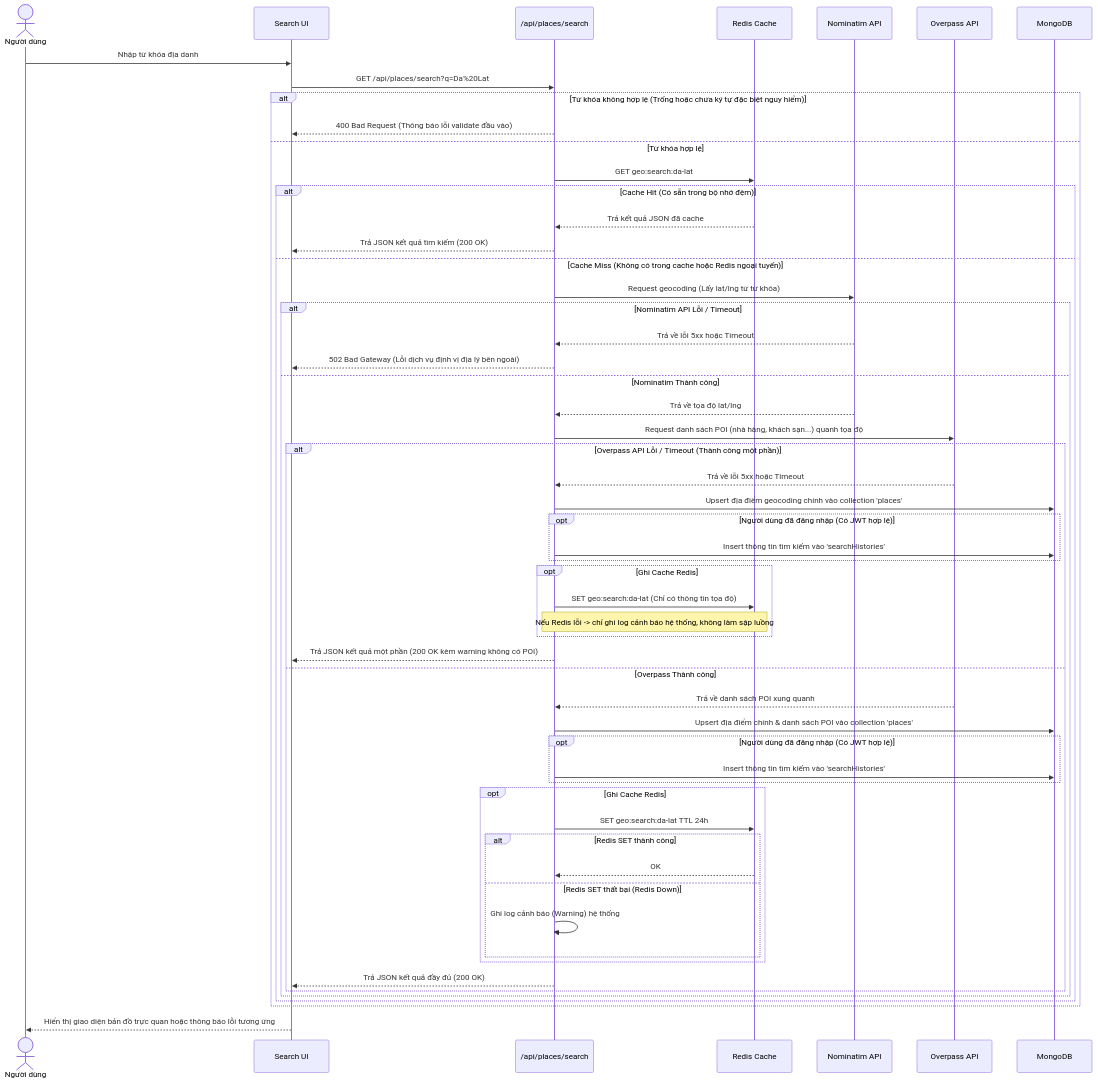
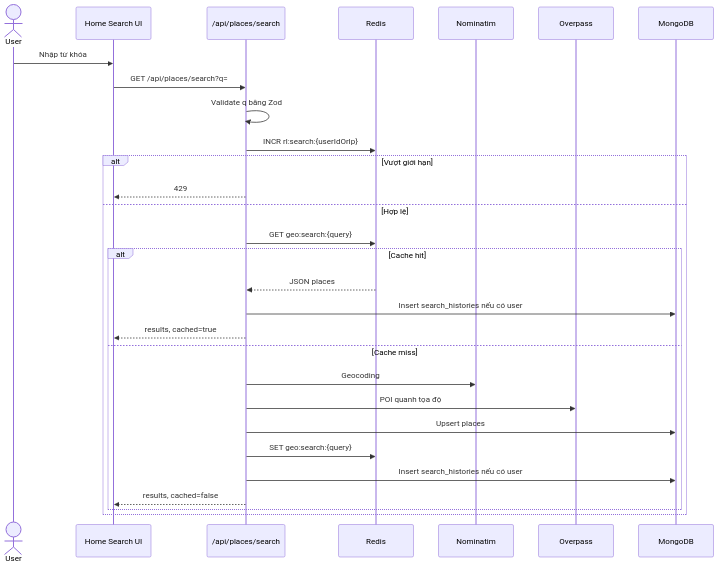
One commit to NguyenHoangPhuong275/dattcnpm changed the first of 6 diagrams in docs/04_SEQUENCE.md. Above: the diagram before and after it, drawn with Mermaid. The commit also changed other lines of this file and 100 other files, not shown here.

Commit message:
feat: scaffold core project architecture with authentication, database, and profile management modules

````diff
--- a/docs/04_SEQUENCE.md
+++ b/docs/04_SEQUENCE.md
@@ -6,70 +7,32 @@
 ```mermaid
 sequenceDiagram
-    actor User as Người dùng
-    participant UI as Search UI
+    actor User
+    participant UI as Home Search UI
     participant API as /api/places/search
-    participant Redis as Redis Cache
-    participant Nominatim as Nominatim API
-    participant Overpass as Overpass API
+    participant Redis as Redis
+    participant Nominatim as Nominatim
+    participant Overpass as Overpass
     participant Mongo as MongoDB
 
-    User->>UI: Nhập từ khóa địa danh
-    UI->>API: GET /api/places/search?q=Da%20Lat
-    
-    alt Từ khóa không hợp lệ (Trống hoặc chứa ký tự đặc biệt nguy hiểm)
-        API-->>UI: 400 Bad Request (Thông báo lỗi validate đầu vào)
-    else Từ khóa hợp lệ
-        API->>Redis: GET geo:search:da-lat
-        
-        alt Cache Hit (Có sẵn trong bộ nhớ đệm)
-            Redis-->>API: Trả kết quả JSON đã cache
-            API-->>UI: Trả JSON kết quả tìm kiếm (200 OK)
-        else Cache Miss (Không có trong cache hoặc Redis ngoại tuyến)
-            API->>Nominatim: Request geocoding (Lấy lat/lng từ từ khóa)
-            
-            alt Nominatim API Lỗi / Timeout
-                Nominatim-->>API: Trả về lỗi 5xx hoặc Timeout
-                API-->>UI: 502 Bad Gateway (Lỗi dịch vụ định vị địa lý bên ngoài)
-            else Nominatim Thành công
-                Nominatim-->>API: Trả về tọa độ lat/lng
-                
-                API->>Overpass: Request danh sách POI (nhà hàng, khách sạn...) quanh tọa độ
-                
-                alt Overpass API Lỗi / Timeout (Thành công một phần)
-                    Overpass-->>API: Trả về lỗi 5xx hoặc Timeout
-                    API->>Mongo: Upsert địa điểm geocoding chính vào collection 'places'
-                    
-                    opt Người dùng đã đăng nhập (Có JWT hợp lệ)
-                        API->>Mongo: Insert thông tin tìm kiếm vào 'searchHistories'
-                    end
-                    
-                    opt Ghi Cache Redis
-                        API->>Redis: SET geo:search:da-lat (Chỉ có thông tin tọa độ)
-                        Note over API,Redis: Nếu Redis lỗi -> chỉ ghi log cảnh báo hệ thống, không làm sập luồng
-                    end
-                    
-                    API-->>UI: Trả JSON kết quả một phần (200 OK kèm warning không có POI)
-                else Overpass Thành công
-                    Overpass-->>API: Trả về danh sách POI xung quanh
-                    API->>Mongo: Upsert địa điểm chính & danh sách POI vào collection 'places'
-                    
-                    opt Người dùng đã đăng nhập (Có JWT hợp lệ)
-                        API->>Mongo: Insert thông tin tìm kiếm vào 'searchHistories'
-                    end
-                    
-                    opt Ghi Cache Redis
-                        API->>Redis: SET geo:search:da-lat TTL 24h
-                        alt Redis SET thành công
-                            Redis-->>API: OK
-                        else Redis SET thất bại (Redis Down)
-                            API->>API: Ghi log cảnh báo (Warning) hệ thống
-                        end
-                    end
-                    
-                    API-->>UI: Trả JSON kết quả đầy đủ (200 OK)
-                end
-            end
+    User->>UI: Nhập từ khóa
+    UI->>API: GET /api/places/search?q=
+    API->>API: Validate q bằng Zod
+    API->>Redis: INCR rl:search:{userIdOrIp}
+    alt Vượt giới hạn
+        API-->>UI: 429
+    else Hợp lệ
+        API->>Redis: GET geo:search:{query}
+        alt Cache hit
+            Redis-->>API: JSON places
+            API->>Mongo: Insert search_histories nếu có user
+            API-->>UI: results, cached=true
+        else Cache miss
+            API->>Nominatim: Geocoding
+            API->>Overpass: POI quanh tọa độ
+            API->>Mongo: Upsert places
+            API->>Redis: SET geo:search:{query}
+            API->>Mongo: Insert search_histories nếu có user
+            API-->>UI: results, cached=false
         end
     end
-    UI-->>User: Hiển thị giao diện bản đồ trực quan hoặc thông báo lỗi tương ứng
 ```
````
